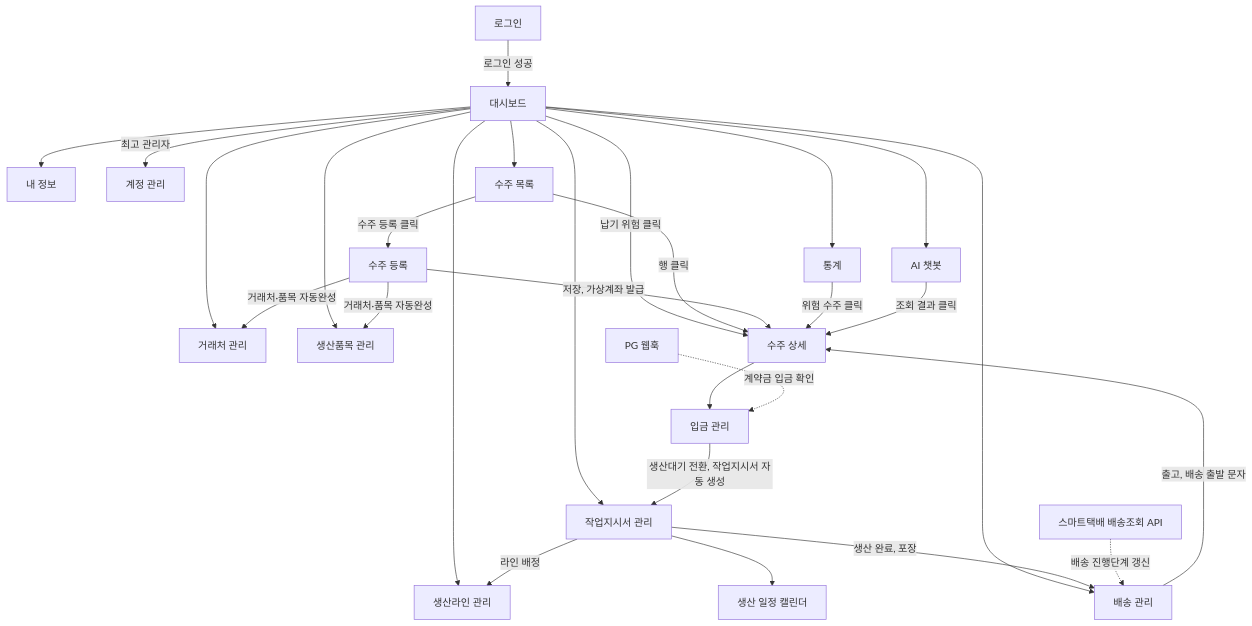
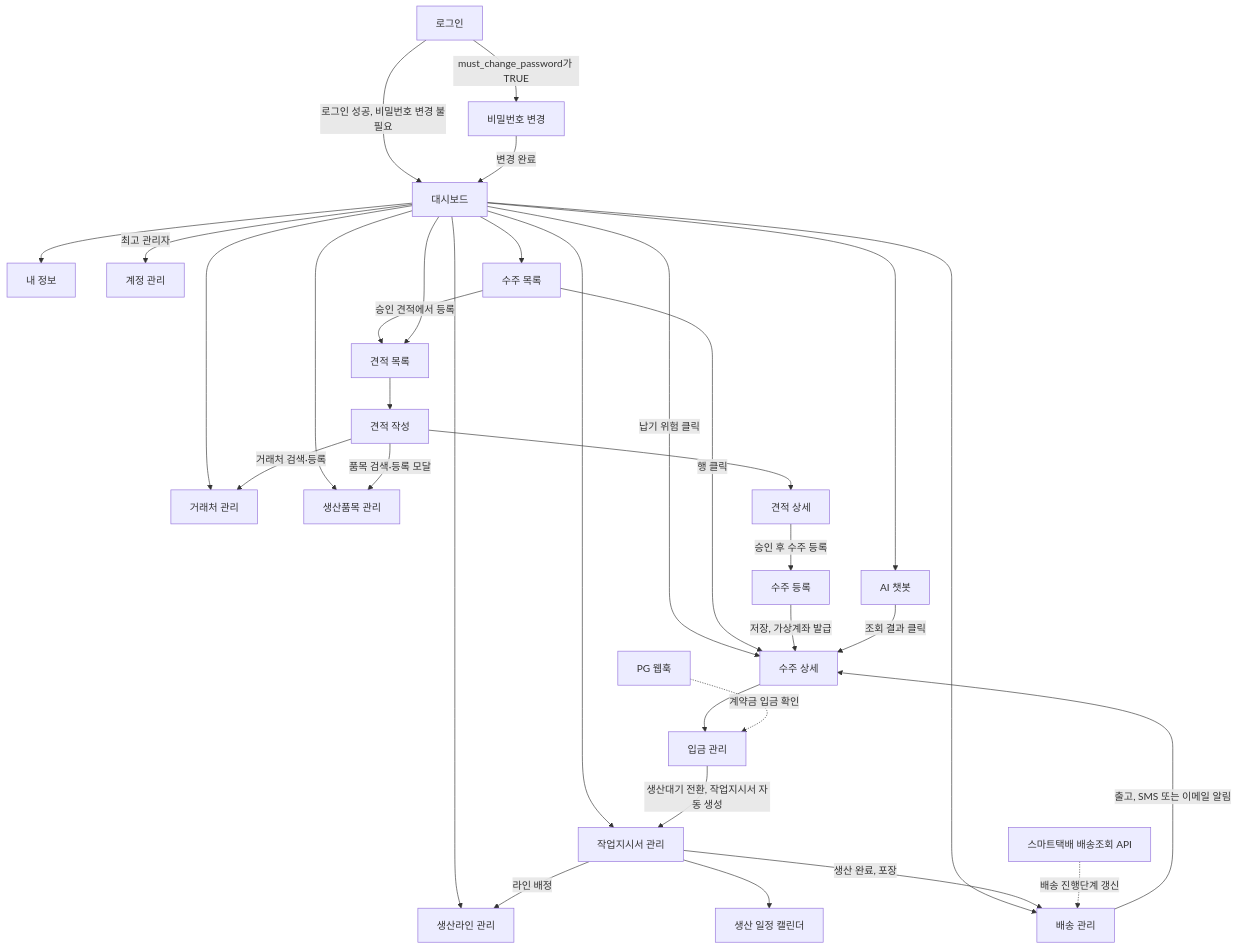
The diagram in docs/02_design/03_ui_wireframe.md (likelion-backend-25th/PRODFLOW), drawn with Mermaid before and after one commit. The commit also changed other lines of this file and 38 other files, not shown here.

````diff
--- a/docs/02_design/03_ui_wireframe.md
+++ b/docs/02_design/03_ui_wireframe.md
@@ -827,48 +842,57 @@
 ```mermaid
 flowchart TD
     Login["로그인"]
     Dashboard["대시보드"]
     Me["내 정보"]
     Users["계정 관리"]
     Clients["거래처 관리"]
     Products["생산품목 관리"]
     Orders["수주 목록"]
     OrderNew["수주 등록"]
     OrderDetail["수주 상세"]
     Payments["입금 관리"]
     WorkOrders["작업지시서 관리"]
     Lines["생산라인 관리"]
     Calendar["생산 일정 캘린더"]
     Shipments["배송 관리"]
-    Stats["통계"]
     AiChat["AI 챗봇"]
     PG["PG 웹훅"]
     Tracker["스마트택배 배송조회 API"]
-    Login -->|로그인 성공| Dashboard
+
+    Login -->|로그인 성공, 비밀번호 변경 불필요| Dashboard
+    Login -->|must_change_password가 TRUE| ChangePassword["비밀번호 변경"]
+    ChangePassword -->|변경 완료| Dashboard
     Dashboard --> Me
     Dashboard -->|최고 관리자| Users
     Dashboard --> Clients
     Dashboard --> Products
     Dashboard --> Orders
     Dashboard --> WorkOrders
     Dashboard --> Lines
     Dashboard --> Shipments
-    Dashboard --> Stats
     Dashboard --> AiChat
     Dashboard -->|납기 위험 클릭| OrderDetail
-    Orders -->|수주 등록 클릭| OrderNew
+
+    Orders -->|승인 견적에서 등록| Quotations
     Orders -->|행 클릭| OrderDetail
-    OrderNew -->|거래처·품목 자동완성| Clients
-    OrderNew -->|거래처·품목 자동완성| Products
+    Dashboard --> Quotations["견적 목록"]
+    Quotations --> QuotationNew["견적 작성"]
+    QuotationNew -->|거래처 검색·등록| Clients
+    QuotationNew -->|품목 검색·등록 모달| Products
+    QuotationNew --> QuotationDetail["견적 상세"]
+    QuotationDetail -->|승인 후 수주 등록| OrderNew
     OrderNew -->|저장, 가상계좌 발급| OrderDetail
+
     OrderDetail --> Payments
     PG -.->|계약금 입금 확인| Payments
     Payments -->|생산대기 전환, 작업지시서 자동 생성| WorkOrders
+
     WorkOrders -->|라인 배정| Lines
     WorkOrders --> Calendar
     WorkOrders -->|생산 완료, 포장| Shipments
-    Shipments -->|출고, 배송 출발 문자| OrderDetail
+
+    Shipments -->|출고, SMS 또는 이메일 알림| OrderDetail
     Tracker -.->|배송 진행단계 갱신| Shipments
-    Stats -->|위험 수주 클릭| OrderDetail
+
     AiChat -->|조회 결과 클릭| OrderDetail
 ```
````
